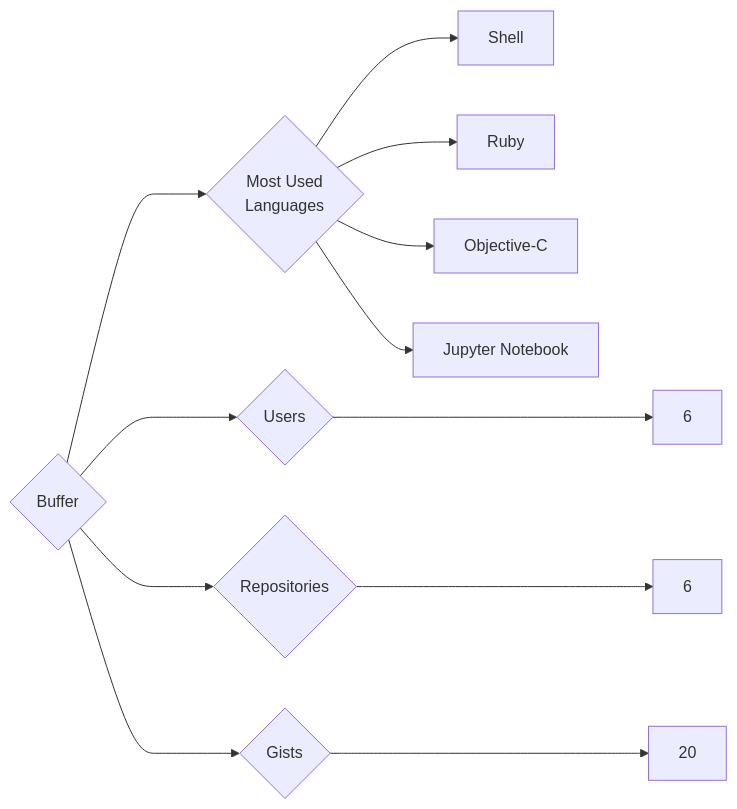
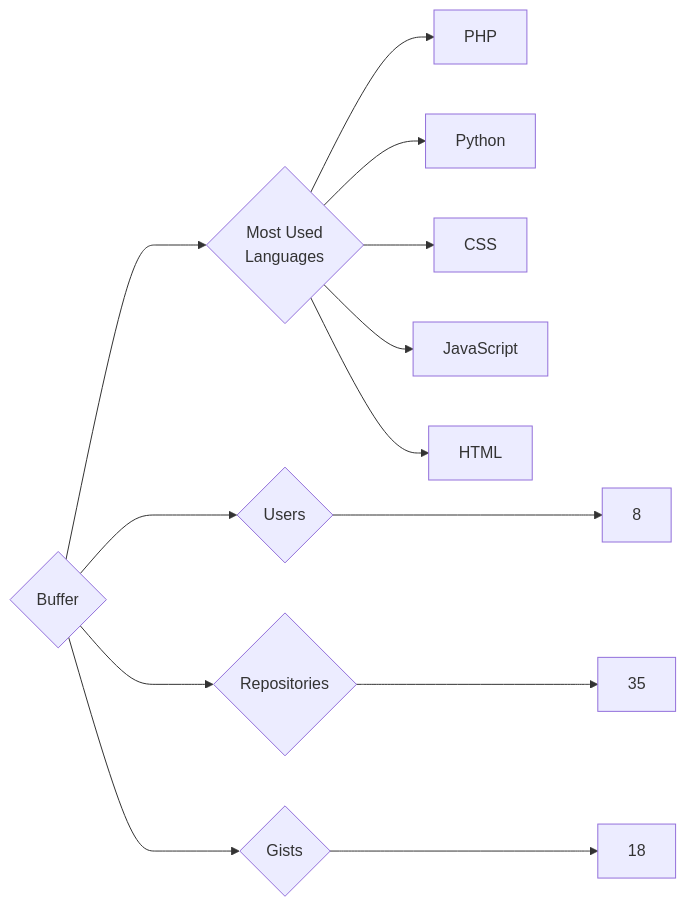
Before and after one commit to trickest/insiders: the diagram in targets/Buffer/README.md, drawn with Mermaid. The commit also changed 1212 other files, not shown here.

````diff
--- a/targets/Buffer/README.md
+++ b/targets/Buffer/README.md
@@ -3,12 +3,13 @@
 ```mermaid
 graph LR
 COMPANY_NAME{Buffer}
-COMPANY_NAME ---> U{Users} ---> UN[6]
-COMPANY_NAME ---> R{Repositories} ---> RN[6]
-COMPANY_NAME ---> G{Gists} ---> GN[20]
+COMPANY_NAME ---> U{Users} ---> UN[8]
+COMPANY_NAME ---> R{Repositories} ---> RN[35]
+COMPANY_NAME ---> G{Gists} ---> GN[18]
 COMPANY_NAME ---> ML{Most Used<br>Languages}
-ML --> Shell[Shell]
-ML --> Ruby[Ruby]
-ML --> Objective-C[Objective-C]
-ML --> Jupyter_Notebook[Jupyter Notebook]
+ML --> PHP[PHP]
+ML --> Python[Python]
+ML --> CSS[CSS]
+ML --> JavaScript[JavaScript]
+ML --> HTML[HTML]
 ```
````
